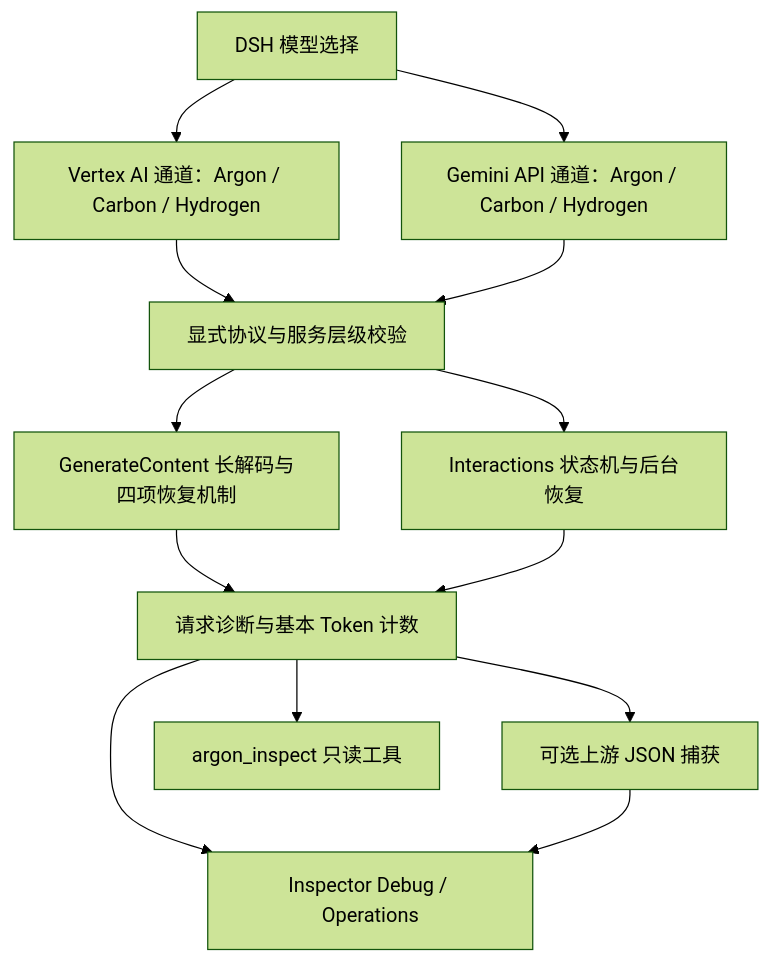
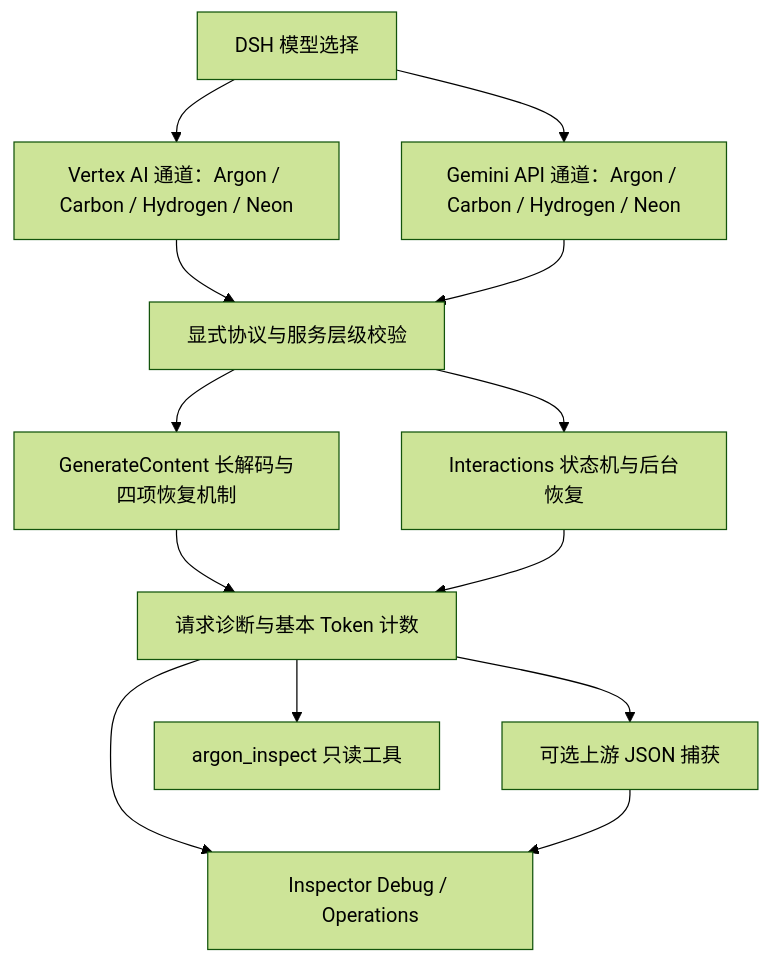
Before and after one commit to higekibaka/dsh-vertex-argon: the diagram in docs/implementation/README.md, drawn with Mermaid (forest theme). The commit also changed other lines of this file and 15 other files, not shown here.

Commit message:
feat: add Gemini 4 Neon official routes and Interactions xhigh support (v2.2.0)

````diff
--- a/docs/implementation/README.md
+++ b/docs/implementation/README.md
@@ -21,15 +21,15 @@
 ```mermaid
 flowchart TD
-    U[DSH 模型选择] --> V[Vertex AI 通道：Argon / Carbon / Hydrogen]
-    U --> G[Gemini API 通道：Argon / Carbon / Hydrogen]
+    U[DSH 模型选择] --> V[Vertex AI 通道：Argon / Carbon / Hydrogen / Neon]
+    U --> G[Gemini API 通道：Argon / Carbon / Hydrogen / Neon]
     V --> P[显式协议与服务层级校验]
     G --> P
     P --> GC[GenerateContent 长解码与四项恢复机制]
     P --> IA[Interactions 状态机与后台恢复]
     GC --> D[请求诊断与基本 Token 计数]
     IA --> D
     D --> R[可选上游 JSON 捕获]
     D --> UI[Inspector Debug / Operations]
     R --> UI
     D --> T[argon_inspect 只读工具]
 ```
````
